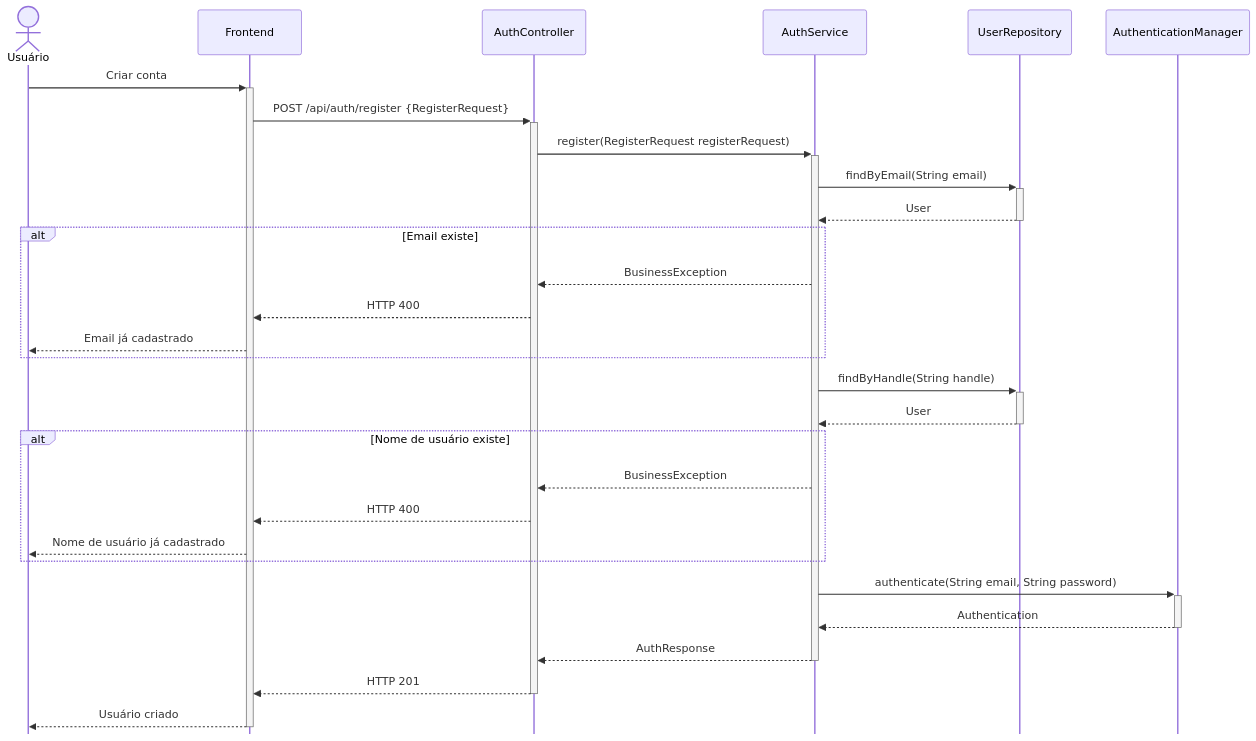
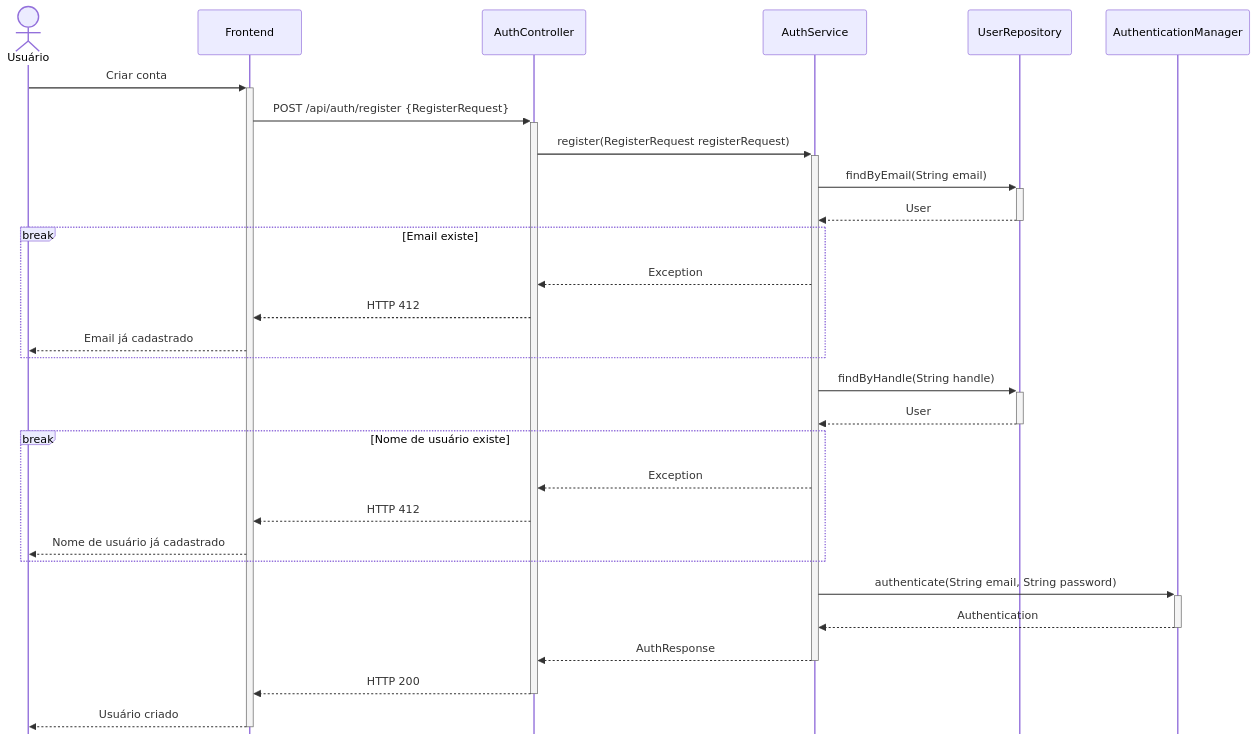
The diagram in docs/Diagramas de Sequência/06-2 Manter login (registrar).mmd (feliquisds/cooker-api), drawn with Mermaid before and after one commit. The commit also changed 16 other files, not shown here.

```diff
--- a/docs/Diagramas de Sequência/06-2 Manter login (registrar).mmd
+++ b/docs/Diagramas de Sequência/06-2 Manter login (registrar).mmd
@@ -1,38 +1,38 @@
 ---
 config:
     mirrorActors: false
 ---
 
 sequenceDiagram
     actor U as Usuário
     participant F as Frontend
     participant C as AuthController
     participant S as AuthService
     participant R as UserRepository
     participant A as AuthenticationManager
 
     U->>+F: Criar conta
     F->>+C: POST /api/auth/register {RegisterRequest}
     C->>+S: register(RegisterRequest registerRequest)
 
     S->>+R: findByEmail(String email)
     R-->>-S: User
-    alt Email existe
-        S-->>C: BusinessException
-        C-->>F: HTTP 400
+    break Email existe
+        S-->>C: Exception
+        C-->>F: HTTP 412
         F-->>U: Email já cadastrado
     end
 
     S->>+R: findByHandle(String handle)
     R-->>-S: User
-    alt Nome de usuário existe
-        S-->>C: BusinessException
-        C-->>F: HTTP 400
+    break Nome de usuário existe
+        S-->>C: Exception
+        C-->>F: HTTP 412
         F-->>U: Nome de usuário já cadastrado
     end
 
     S->>+A: authenticate(String email, String password)
     A-->>-S: Authentication
     S-->>-C: AuthResponse
-    C-->>-F: HTTP 201
+    C-->>-F: HTTP 200
     F-->>-U: Usuário criado
```
